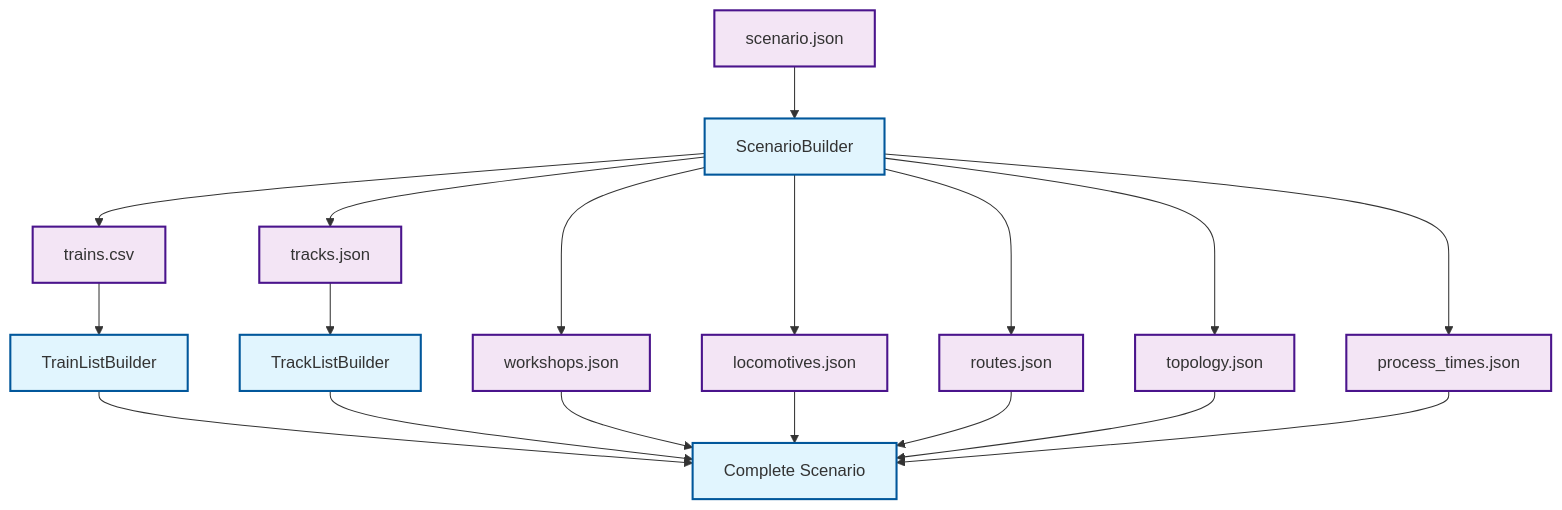
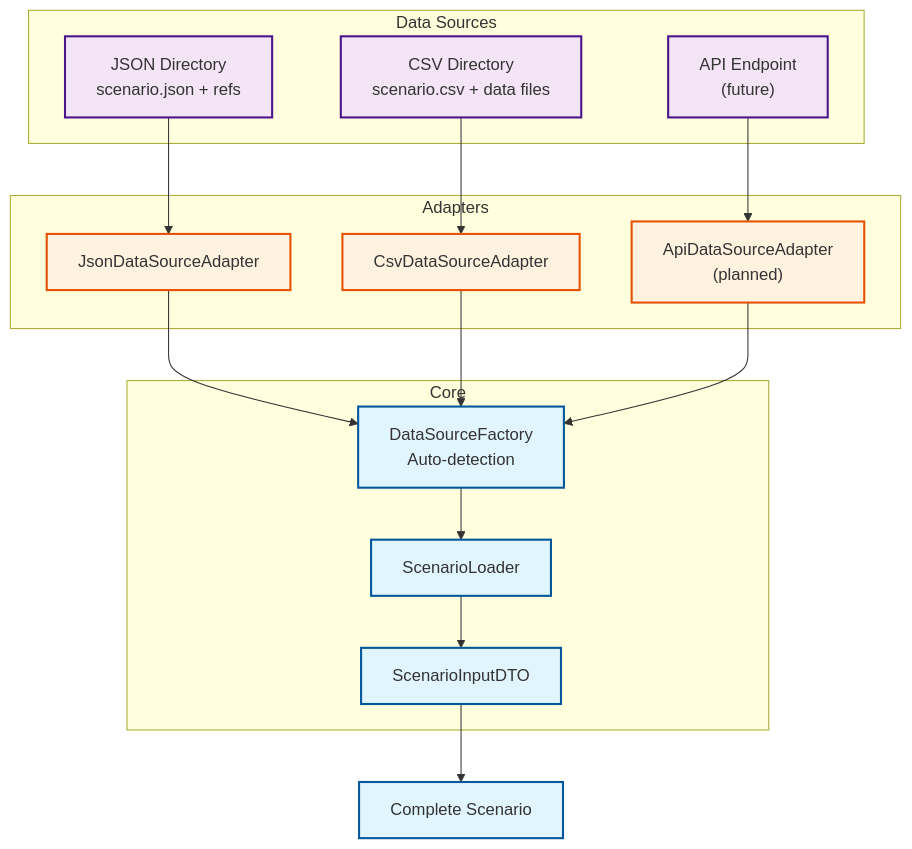
Before and after one commit to OpenRailAssociation/dac-migration-dss-popupsim: the third of 7 diagrams in docs/mvp/architecture/05-building-blocks.md, drawn with Mermaid. The commit also changed other lines of this file and 21 other files, not shown here.

````diff
--- a/docs/mvp/architecture/05-building-blocks.md
+++ b/docs/mvp/architecture/05-building-blocks.md
@@ -100,28 +110,40 @@
 ```mermaid
 graph TB
-    Scenario[scenario.json] --> Builder[ScenarioBuilder]
-    Builder --> Trains[trains.csv]
-    Builder --> Tracks[tracks.json]
-    Builder --> Workshops[workshops.json]
-    Builder --> Locomotives[locomotives.json]
-    Builder --> Routes[routes.json]
-    Builder --> Topology[topology.json]
-    Builder --> ProcessTimes[process_times.json]
+    subgraph "Data Sources"
+        JsonDir["JSON Directory<br/>scenario.json + refs"]
+        CsvDir["CSV Directory<br/>scenario.csv + data files"]
+        ApiEndpoint["API Endpoint<br/>(future)"]
+    end
+    
+    subgraph "Adapters"
+        JsonAdapter["JsonDataSourceAdapter"]
+        CsvAdapter["CsvDataSourceAdapter"]
+        ApiAdapter["ApiDataSourceAdapter<br/>(planned)"]
+    end
+    
+    subgraph "Core"
+        Factory["DataSourceFactory<br/>Auto-detection"]
+        Loader["ScenarioLoader"]
+        DTO["ScenarioInputDTO"]
+    end
 
-    Trains --> TrainList[TrainListBuilder]
-    Tracks --> TrackList[TrackListBuilder]
+    JsonDir --> JsonAdapter
+    CsvDir --> CsvAdapter
+    ApiEndpoint --> ApiAdapter
     
-    TrainList --> Complete[Complete Scenario]
-    TrackList --> Complete
-    Workshops --> Complete
-    Locomotives --> Complete
-    Routes --> Complete
-    Topology --> Complete
-    ProcessTimes --> Complete
+    JsonAdapter --> Factory
+    CsvAdapter --> Factory
+    ApiAdapter --> Factory
+    
+    Factory --> Loader
+    Loader --> DTO
+    DTO --> Complete[Complete Scenario]
 
-    classDef file fill:#f3e5f5,stroke:#4a148c,stroke-width:2px
-    classDef builder fill:#e1f5fe,stroke:#01579b,stroke-width:2px
+    classDef source fill:#f3e5f5,stroke:#4a148c,stroke-width:2px
+    classDef adapter fill:#fff3e0,stroke:#e65100,stroke-width:2px
+    classDef core fill:#e1f5fe,stroke:#01579b,stroke-width:2px
 
-    class Scenario,Trains,Tracks,Workshops,Locomotives,Routes,Topology,ProcessTimes file
-    class Builder,TrainList,TrackList,Complete builder
+    class JsonDir,CsvDir,ApiEndpoint source
+    class JsonAdapter,CsvAdapter,ApiAdapter adapter
+    class Factory,Loader,DTO,Complete core
 ```
````
